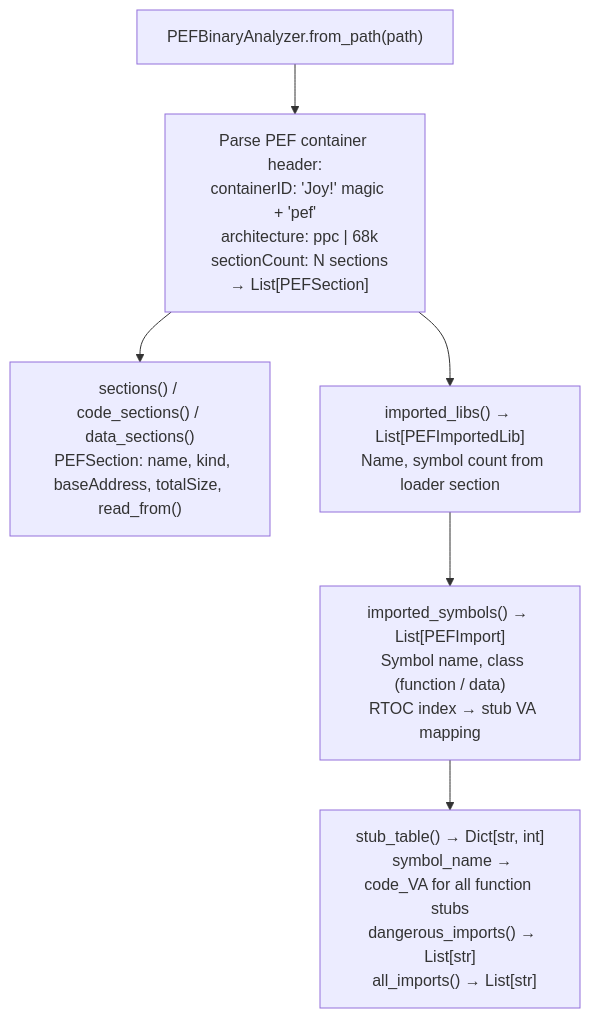
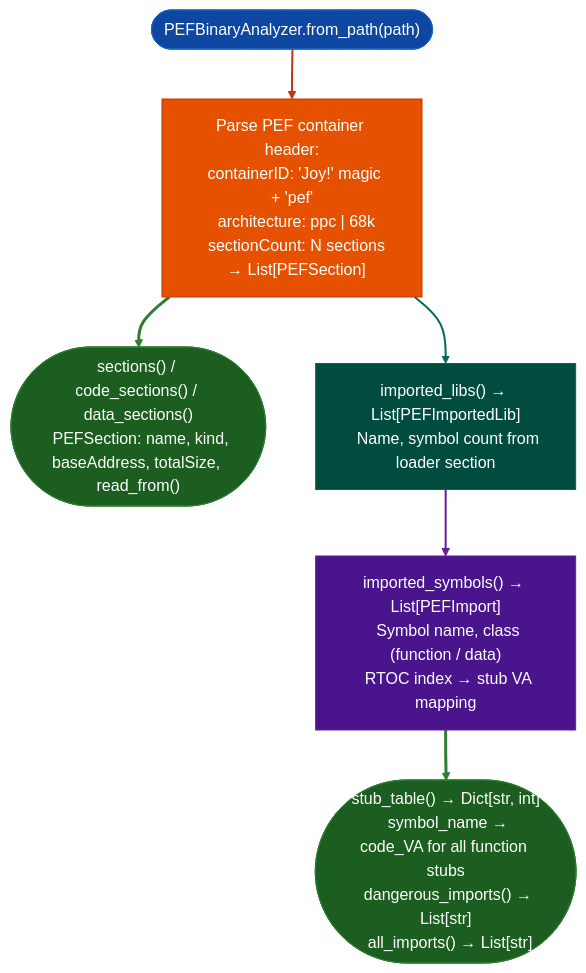
The diagram in docs/reference-modules/powerpc-pef-cfm.md (Ablation-Tool/ablation), drawn with Mermaid before and after one commit. The commit also changed 320 other files, not shown here.

First line of the commit message:
docs: apply canonical Mermaid template to all 321 diagrams

````diff
--- a/docs/reference-modules/powerpc-pef-cfm.md
+++ b/docs/reference-modules/powerpc-pef-cfm.md
@@ -19,8 +19,19 @@
 ```mermaid
 flowchart TD
-    A["PEFBinaryAnalyzer.from_path(path)"] --> B["Parse PEF container header:\n  containerID: 'Joy!' magic + 'pef'\n  architecture: ppc | 68k\n  sectionCount: N sections\n  → List[PEFSection]"]
-    B --> C["sections() / code_sections() / data_sections()\n  PEFSection: name, kind, baseAddress, totalSize, read_from()"]
-    B --> D["imported_libs() → List[PEFImportedLib]\n  Name, symbol count from loader section"]
-    D --> E["imported_symbols() → List[PEFImport]\n  Symbol name, class (function / data)\n  RTOC index → stub VA mapping"]
-    E --> F["stub_table() → Dict[str, int]\n  symbol_name → code_VA for all function stubs\n  dangerous_imports() → List[str]\n  all_imports() → List[str]"]
+    A(["PEFBinaryAnalyzer.from_path(path)"]):::input --> B["Parse PEF container header:\n  containerID: 'Joy!' magic + 'pef'\n  architecture: ppc | 68k\n  sectionCount: N sections\n  → List[PEFSection]"]:::primary
+    B:::primary --> C(["sections() / code_sections() / data_sections()\n  PEFSection: name, kind, baseAddress, totalSize, read_from()"]):::output
+    B:::primary --> D["imported_libs() → List[PEFImportedLib]\n  Name, symbol count from loader section"]:::secondary
+    D:::secondary --> E["imported_symbols() → List[PEFImport]\n  Symbol name, class (function / data)\n  RTOC index → stub VA mapping"]:::tertiary
+    E:::tertiary --> F(["stub_table() → Dict[str, int]\n  symbol_name → code_VA for all function stubs\n  dangerous_imports() → List[str]\n  all_imports() → List[str]"]):::output
+    classDef input     fill:#0d47a1,stroke:#1565c0,color:#fff
+    classDef primary   fill:#e65100,stroke:#bf360c,color:#fff
+    classDef secondary fill:#004d40,stroke:#00695c,color:#fff
+    classDef tertiary  fill:#4a148c,stroke:#6a1b9a,color:#fff
+    classDef neutral   fill:#37474f,stroke:#546e7a,color:#fff
+    classDef output    fill:#1b5e20,stroke:#2e7d32,color:#fff
+    linkStyle 0 stroke:#bf360c,stroke-width:2px
+    linkStyle 1 stroke:#2e7d32,stroke-width:3px
+    linkStyle 2 stroke:#00695c,stroke-width:2px
+    linkStyle 3 stroke:#6a1b9a,stroke-width:2px
+    linkStyle 4 stroke:#2e7d32,stroke-width:3px
 ```
````
